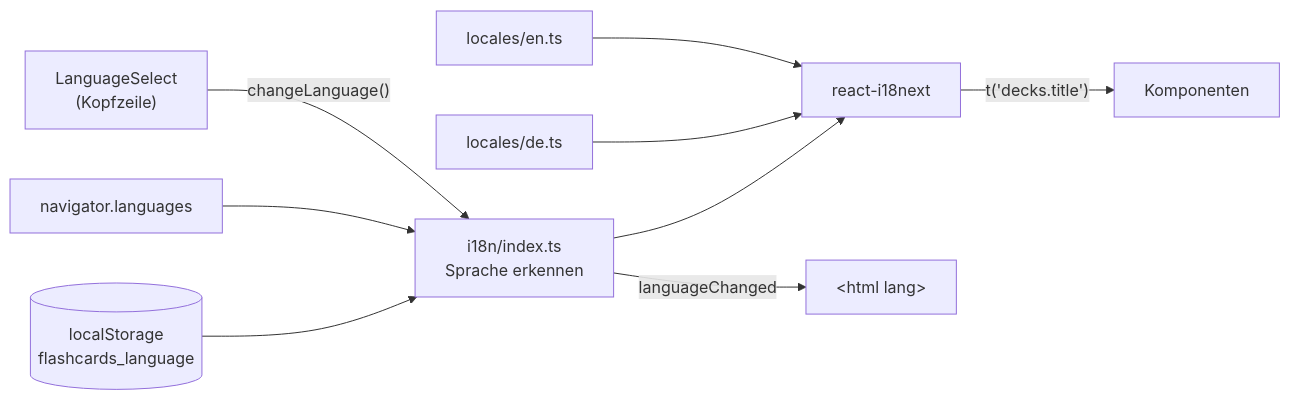
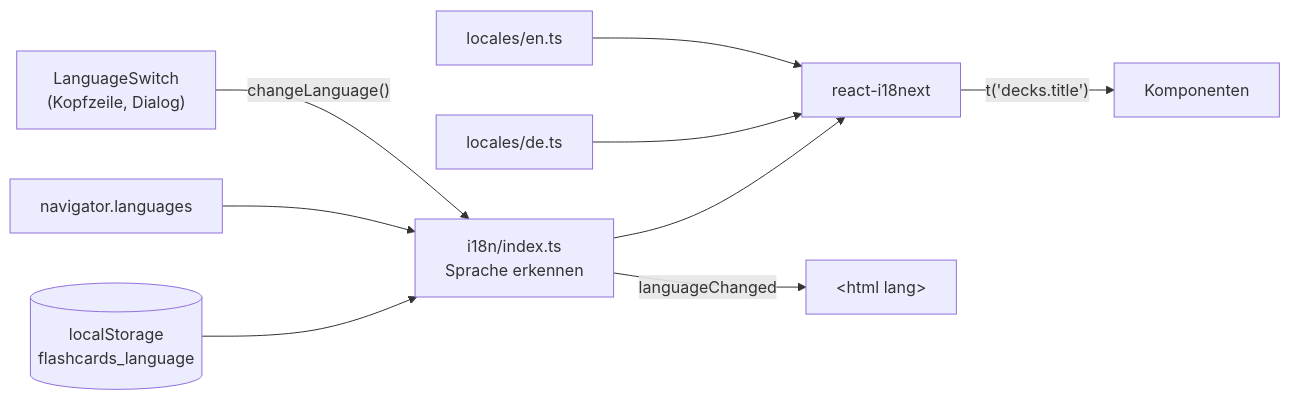
The diagram in docs/technical_docu/i18n.md (PhilipWie/flashcards-app), drawn with Mermaid before and after one commit. The commit also changed other lines of this file and 9 other files, not shown here.

First line of the commit message:
feat: language switch as top bar button with a settings-style dialog

````diff
--- a/docs/technical_docu/i18n.md
+++ b/docs/technical_docu/i18n.md
@@ -30,11 +30,11 @@
 ```mermaid
 flowchart LR
     LS[("localStorage<br/>flashcards_language")] --> I["i18n/index.ts<br/>Sprache erkennen"]
     NAV["navigator.languages"] --> I
     I --> R["react-i18next"]
     DE["locales/de.ts"] --> R
     EN["locales/en.ts"] --> R
     R -- "t('decks.title')" --> C["Komponenten"]
-    SEL["LanguageSelect<br/>(Kopfzeile)"] -- "changeLanguage()" --> I
+    SEL["LanguageSwitch<br/>(Kopfzeile, Dialog)"] -- "changeLanguage()" --> I
     I -- "languageChanged" --> HTML["&lt;html lang&gt;"]
 ```
````
